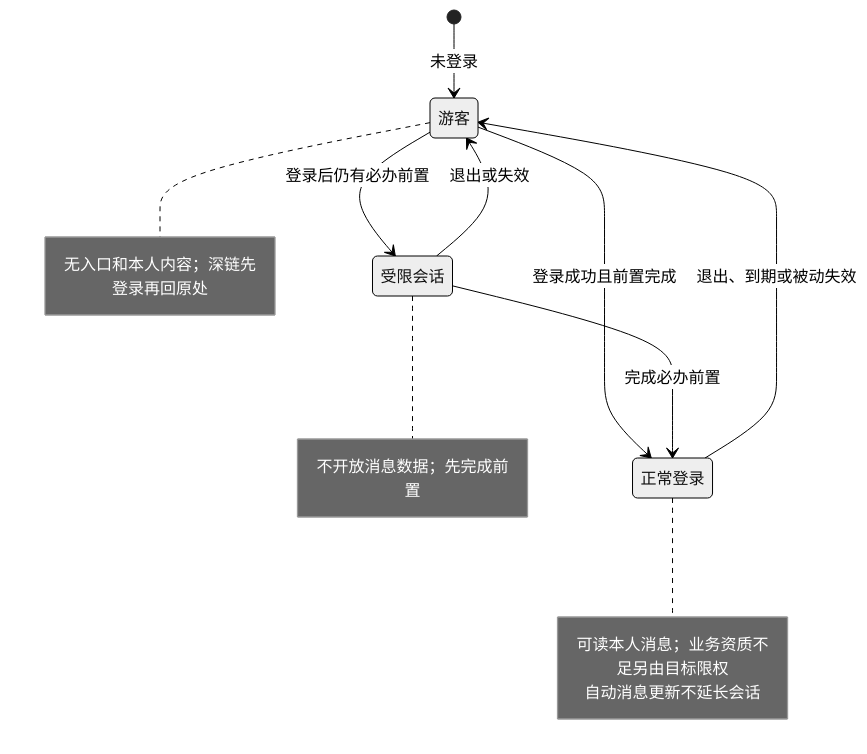
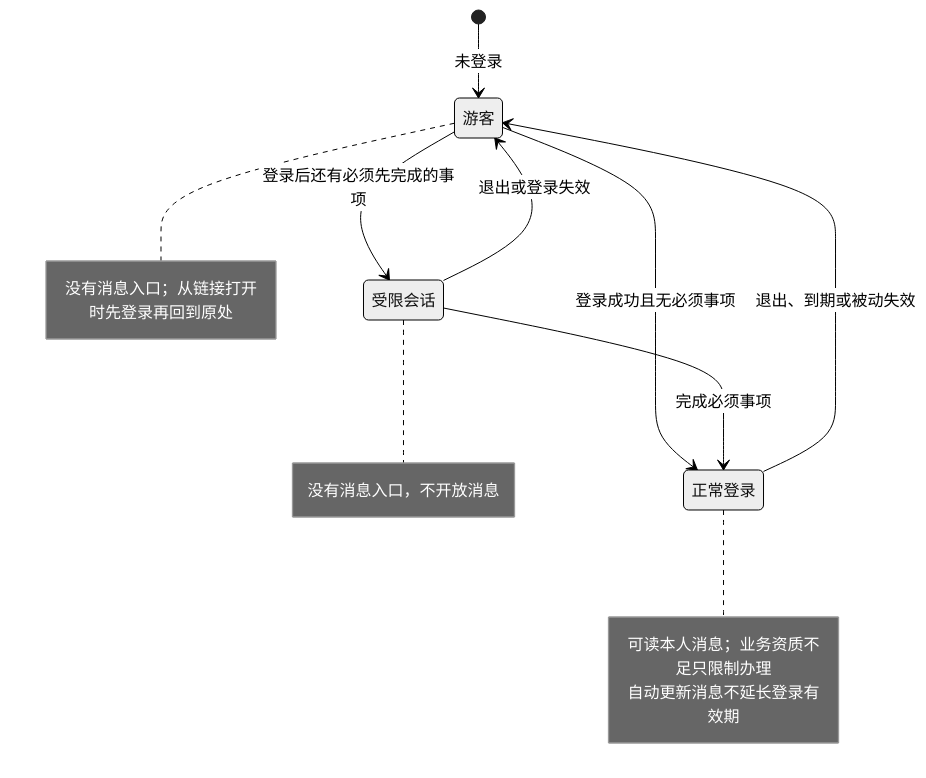
One commit to wxblockchain/Chain-Financing changed the eighth of 8 diagrams in lending-platform/PRD/面客端/10-面客消息中心/02-面客消息中心-流程图与状态机.md. Above: the diagram before and after it, drawn with Mermaid (neutral theme). The commit also changed other lines of this file and 6 other files, not shown here.

````diff
--- a/lending-platform/PRD/面客端/10-面客消息中心/02-面客消息中心-流程图与状态机.md
+++ b/lending-platform/PRD/面客端/10-面客消息中心/02-面客消息中心-流程图与状态机.md
@@ -208,19 +169,19 @@
 ```mermaid
 stateDiagram-v2
     [*] --> 游客: 未登录
-    游客 --> 受限会话: 登录后仍有必办前置
-    游客 --> 正常登录: 登录成功且前置完成
-    受限会话 --> 正常登录: 完成必办前置
-    受限会话 --> 游客: 退出或失效
+    游客 --> 受限会话: 登录后还有必须先完成的事项
+    游客 --> 正常登录: 登录成功且无必须事项
+    受限会话 --> 正常登录: 完成必须事项
+    受限会话 --> 游客: 退出或登录失效
     正常登录 --> 游客: 退出、到期或被动失效
     note right of 游客
-        无入口和本人内容；深链先登录再回原处
+        没有消息入口；从链接打开时先登录再回到原处
     end note
     note right of 受限会话
-        不开放消息数据；先完成前置
+        没有消息入口，不开放消息
     end note
     note right of 正常登录
-        可读本人消息；业务资质不足另由目标限权
-        自动消息更新不延长会话
+        可读本人消息；业务资质不足只限制办理
+        自动更新消息不延长登录有效期
     end note
 ```
````
